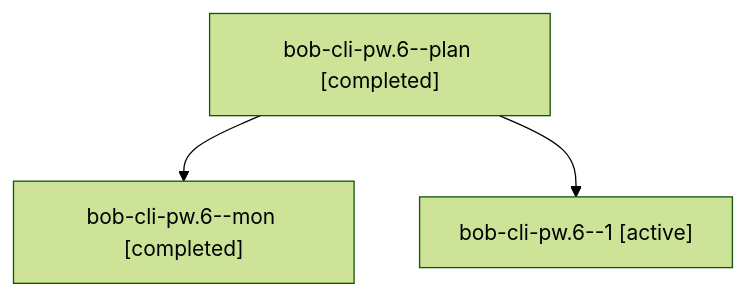
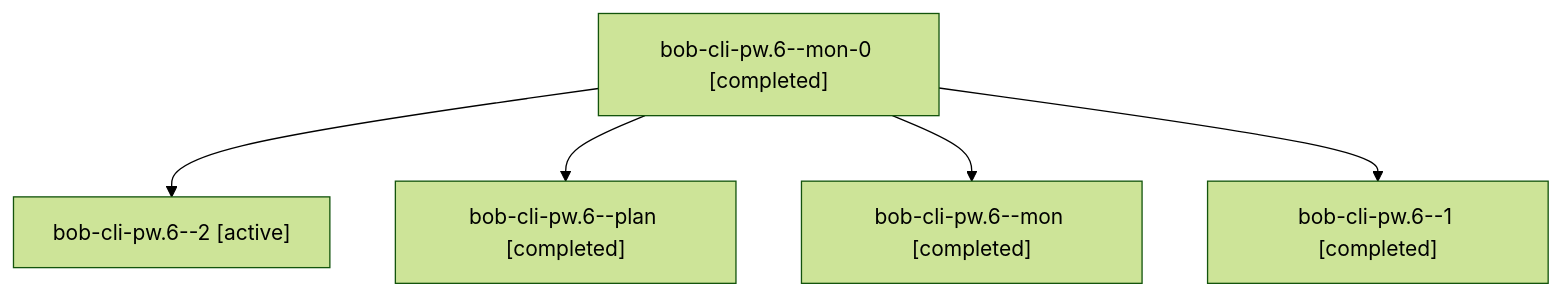
Before and after one commit to bobs-org/bob-cli--agents: the diagram in sessions/bbugyi200.apollo.bob-cli-pw.6.md, drawn with Mermaid (forest theme). The commit also changed other lines of this file and 94 other files, not shown here.

````diff
--- a/sessions/bbugyi200.apollo.bob-cli-pw.6.md
+++ b/sessions/bbugyi200.apollo.bob-cli-pw.6.md
@@ -9,8 +9,12 @@
 ```mermaid
 flowchart TD
-  n0["bob-cli-pw.6--plan [completed]"]
-  n1["bob-cli-pw.6--mon [completed]"]
+  n0["bob-cli-pw.6--mon-0 [completed]"]
+  n1["bob-cli-pw.6--2 [active]"]
   n0 --> n1
-  n2["bob-cli-pw.6--1 [active]"]
+  n2["bob-cli-pw.6--plan [completed]"]
   n0 --> n2
+  n3["bob-cli-pw.6--mon [completed]"]
+  n0 --> n3
+  n4["bob-cli-pw.6--1 [completed]"]
+  n0 --> n4
 ```
````
